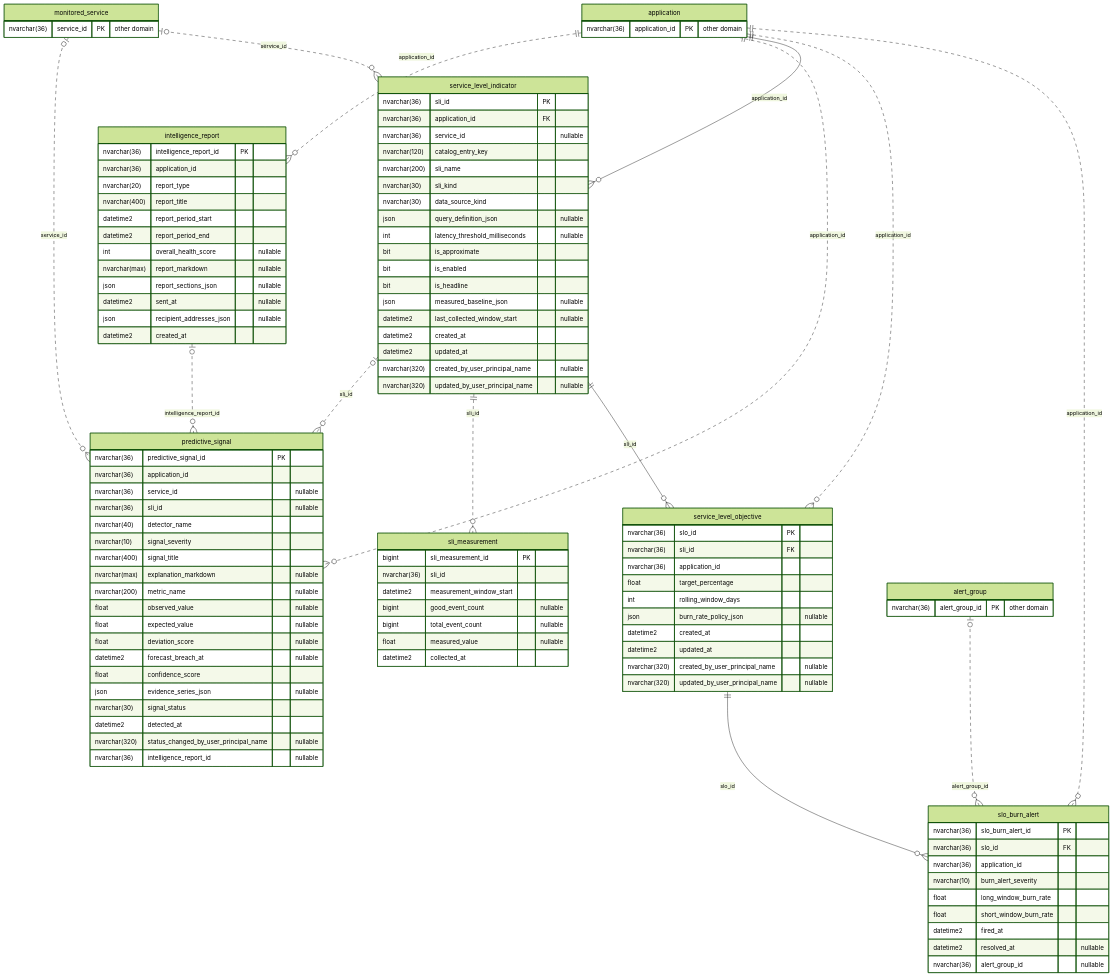
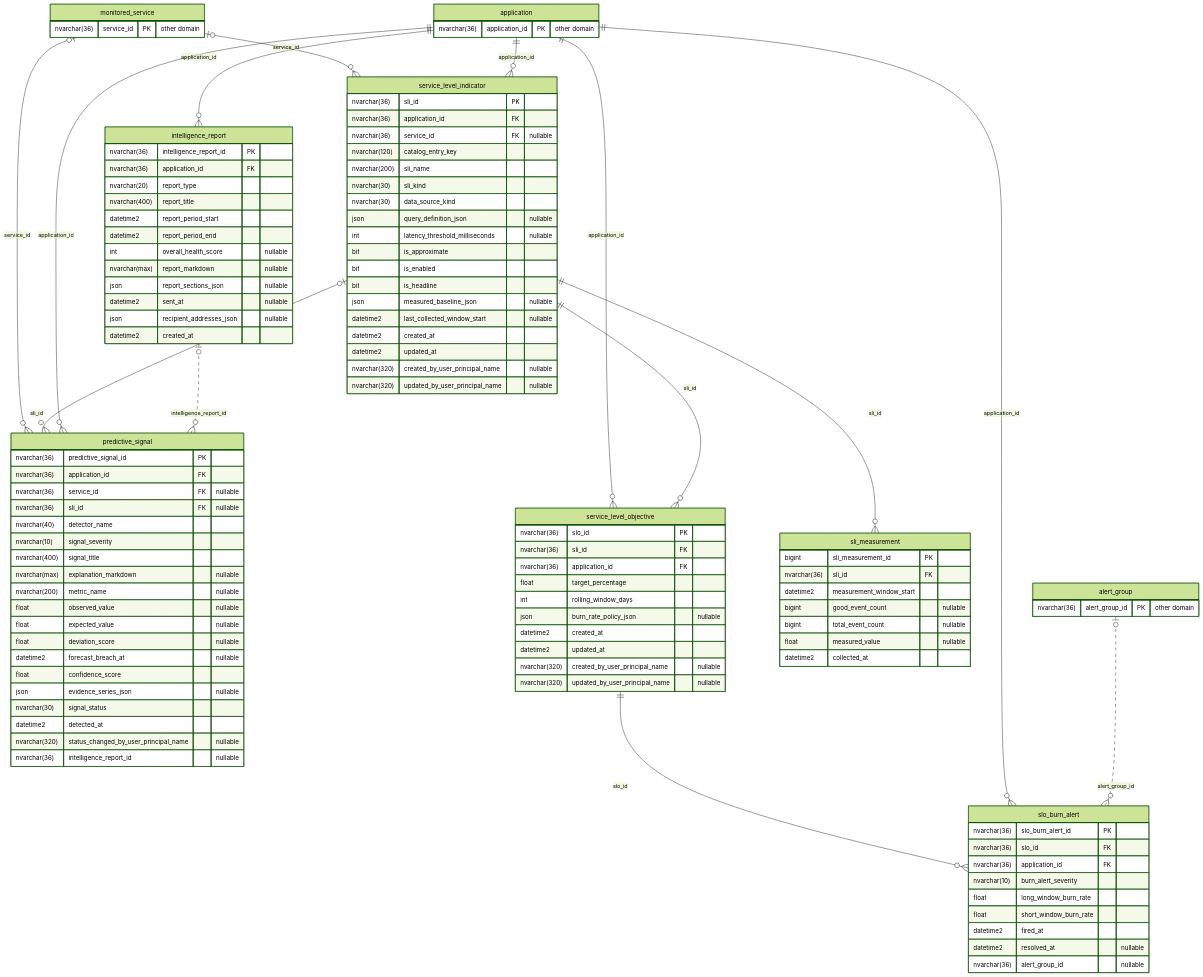
The sixth of 8 diagrams in Keigan/My Plans/15_ENTITY_RELATIONSHIP_DIAGRAM.md (dilleswar16/Synaptic-Alchemy), drawn with Mermaid (forest theme) before and after one commit. The commit also changed other lines of this file and 8 other files, not shown here.

````diff
--- a/Keigan/My Plans/15_ENTITY_RELATIONSHIP_DIAGRAM.md
+++ b/Keigan/My Plans/15_ENTITY_RELATIONSHIP_DIAGRAM.md
@@ -733,7 +816,7 @@
 erDiagram
     intelligence_report {
         nvarchar(36) intelligence_report_id PK
-        nvarchar(36) application_id
+        nvarchar(36) application_id FK
         nvarchar(20) report_type
         nvarchar(400) report_title
         datetime2 report_period_start
@@ -745,11 +828,31 @@
         json recipient_addresses_json "nullable"
         datetime2 created_at
     }
+    service_level_indicator {
+        nvarchar(36) sli_id PK
+        nvarchar(36) application_id FK
+        nvarchar(36) service_id FK "nullable"
+        nvarchar(120) catalog_entry_key
+        nvarchar(200) sli_name
+        nvarchar(30) sli_kind
+        nvarchar(30) data_source_kind
+        json query_definition_json "nullable"
+        int latency_threshold_milliseconds "nullable"
+        bit is_approximate
+        bit is_enabled
+        bit is_headline
+        json measured_baseline_json "nullable"
+        datetime2 last_collected_window_start "nullable"
+        datetime2 created_at
+        datetime2 updated_at
+        nvarchar(320) created_by_user_principal_name "nullable"
+        nvarchar(320) updated_by_user_principal_name "nullable"
+    }
     predictive_signal {
         nvarchar(36) predictive_signal_id PK
-        nvarchar(36) application_id
-        nvarchar(36) service_id "nullable"
-        nvarchar(36) sli_id "nullable"
+        nvarchar(36) application_id FK
+        nvarchar(36) service_id FK "nullable"
+        nvarchar(36) sli_id FK "nullable"
         nvarchar(40) detector_name
         nvarchar(10) signal_severity
         nvarchar(400) signal_title
@@ -766,39 +869,10 @@
         nvarchar(320) status_changed_by_user_principal_name "nullable"
         nvarchar(36) intelligence_report_id "nullable"
     }
-    sli_measurement {
-        bigint sli_measurement_id PK
-        nvarchar(36) sli_id
-        datetime2 measurement_window_start
-        bigint good_event_count "nullable"
-        bigint total_event_count "nullable"
-        float measured_value "nullable"
-        datetime2 collected_at
-    }
-    service_level_indicator {
-        nvarchar(36) sli_id PK
-        nvarchar(36) application_id FK
-        nvarchar(36) service_id "nullable"
-        nvarchar(120) catalog_entry_key
-        nvarchar(200) sli_name
-        nvarchar(30) sli_kind
-        nvarchar(30) data_source_kind
-        json query_definition_json "nullable"
-        int latency_threshold_milliseconds "nullable"
-        bit is_approximate
-        bit is_enabled
-        bit is_headline
-        json measured_baseline_json "nullable"
-        datetime2 last_collected_window_start "nullable"
-        datetime2 created_at
-        datetime2 updated_at
-        nvarchar(320) created_by_user_principal_name "nullable"
-        nvarchar(320) updated_by_user_principal_name "nullable"
-    }
     service_level_objective {
         nvarchar(36) slo_id PK
         nvarchar(36) sli_id FK
-        nvarchar(36) application_id
+        nvarchar(36) application_id FK
         float target_percentage
         int rolling_window_days
         json burn_rate_policy_json "nullable"
@@ -807,10 +881,19 @@
         nvarchar(320) created_by_user_principal_name "nullable"
         nvarchar(320) updated_by_user_principal_name "nullable"
     }
+    sli_measurement {
+        bigint sli_measurement_id PK
+        nvarchar(36) sli_id FK
+        datetime2 measurement_window_start
+        bigint good_event_count "nullable"
+        bigint total_event_count "nullable"
+        float measured_value "nullable"
+        datetime2 collected_at
+    }
     slo_burn_alert {
         nvarchar(36) slo_burn_alert_id PK
         nvarchar(36) slo_id FK
-        nvarchar(36) application_id
+        nvarchar(36) application_id FK
         nvarchar(10) burn_alert_severity
         float long_window_burn_rate
         float short_window_burn_rate
@@ -827,17 +910,17 @@
     monitored_service {
         nvarchar(36) service_id PK "other domain"
     }
-    application ||..o{ intelligence_report : "application_id"
-    application ||..o{ predictive_signal : "application_id"
-    monitored_service |o..o{ predictive_signal : "service_id"
-    service_level_indicator |o..o{ predictive_signal : "sli_id"
+    application ||--o{ intelligence_report : "application_id"
+    monitored_service |o--o{ service_level_indicator : "service_id"
+    application ||--o{ service_level_indicator : "application_id"
+    monitored_service |o--o{ predictive_signal : "service_id"
+    service_level_indicator |o--o{ predictive_signal : "sli_id"
+    application ||--o{ predictive_signal : "application_id"
     intelligence_report |o..o{ predictive_signal : "intelligence_report_id"
-    service_level_indicator ||..o{ sli_measurement : "sli_id"
-    application ||--o{ service_level_indicator : "application_id"
-    monitored_service |o..o{ service_level_indicator : "service_id"
+    application ||--o{ service_level_objective : "application_id"
     service_level_indicator ||--o{ service_level_objective : "sli_id"
-    application ||..o{ service_level_objective : "application_id"
+    service_level_indicator ||--o{ sli_measurement : "sli_id"
     service_level_objective ||--o{ slo_burn_alert : "slo_id"
-    application ||..o{ slo_burn_alert : "application_id"
+    application ||--o{ slo_burn_alert : "application_id"
     alert_group |o..o{ slo_burn_alert : "alert_group_id"
 ```
````
